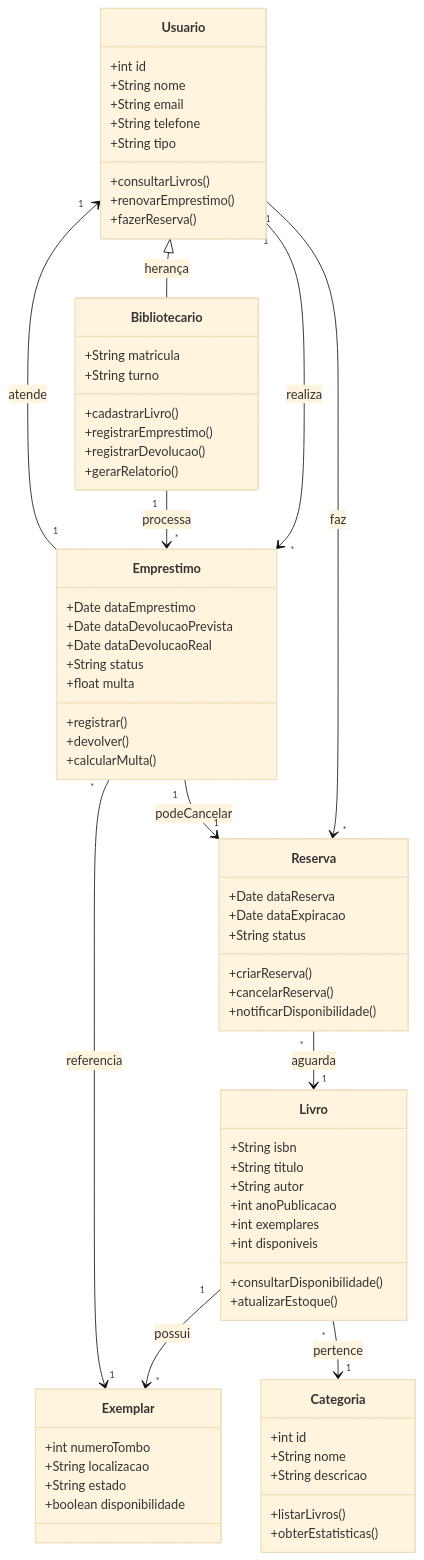
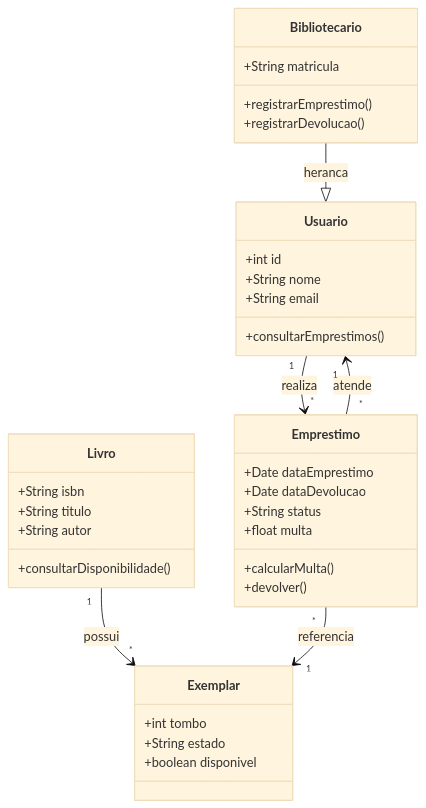
The diagram in mermaid/diagrama-classes-biblioteca.mmd (davidbasilefilho/diagrams), drawn with Mermaid (base theme) before and after one commit. The commit also changed 84 other files, not shown here.

```diff
--- a/mermaid/diagrama-classes-biblioteca.mmd
+++ b/mermaid/diagrama-classes-biblioteca.mmd
@@ -1,77 +1,41 @@
 classDiagram
     class Usuario {
         +int id
         +String nome
         +String email
-        +String telefone
-        +String tipo
-        +consultarLivros()
-        +renovarEmprestimo()
-        +fazerReserva()
+        +consultarEmprestimos()
     }
-    
+
     class Bibliotecario {
         +String matricula
-        +String turno
-        +cadastrarLivro()
         +registrarEmprestimo()
         +registrarDevolucao()
-        +gerarRelatorio()
     }
-    
+
     class Livro {
         +String isbn
         +String titulo
         +String autor
-        +int anoPublicacao
-        +int exemplares
-        +int disponiveis
         +consultarDisponibilidade()
-        +atualizarEstoque()
     }
-    
+
+    class Exemplar {
+        +int tombo
+        +String estado
+        +boolean disponivel
+    }
+
     class Emprestimo {
         +Date dataEmprestimo
-        +Date dataDevolucaoPrevista
-        +Date dataDevolucaoReal
+        +Date dataDevolucao
         +String status
         +float multa
-        +registrar()
+        +calcularMulta()
         +devolver()
-        +calcularMulta()
     }
-    
-    class Reserva {
-        +Date dataReserva
-        +Date dataExpiracao
-        +String status
-        +criarReserva()
-        +cancelarReserva()
-        +notificarDisponibilidade()
-    }
-    
-    class Categoria {
-        +int id
-        +String nome
-        +String descricao
-        +listarLivros()
-        +obterEstatisticas()
-    }
-    
-    class Exemplar {
-        +int numeroTombo
-        +String localizacao
-        +String estado
-        +boolean disponibilidade
-    }
-    
-    Usuario <|-- Bibliotecario : herança
+
+    Bibliotecario --|> Usuario : heranca
     Usuario "1" --> "*" Emprestimo : realiza
-    Usuario "1" --> "*" Reserva : faz
     Livro "1" --> "*" Exemplar : possui
-    Livro "*" --> "1" Categoria : pertence
     Emprestimo "*" --> "1" Exemplar : referencia
-    Reserva "*" --> "1" Livro : aguarda
-    Emprestimo "1" --> "1" Usuario : atende
-    Bibliotecario "1" --> "*" Emprestimo : processa
-    Emprestimo "1" --> "1" Reserva : podeCancelar
+    Emprestimo "*" --> "1" Usuario : atende
```
